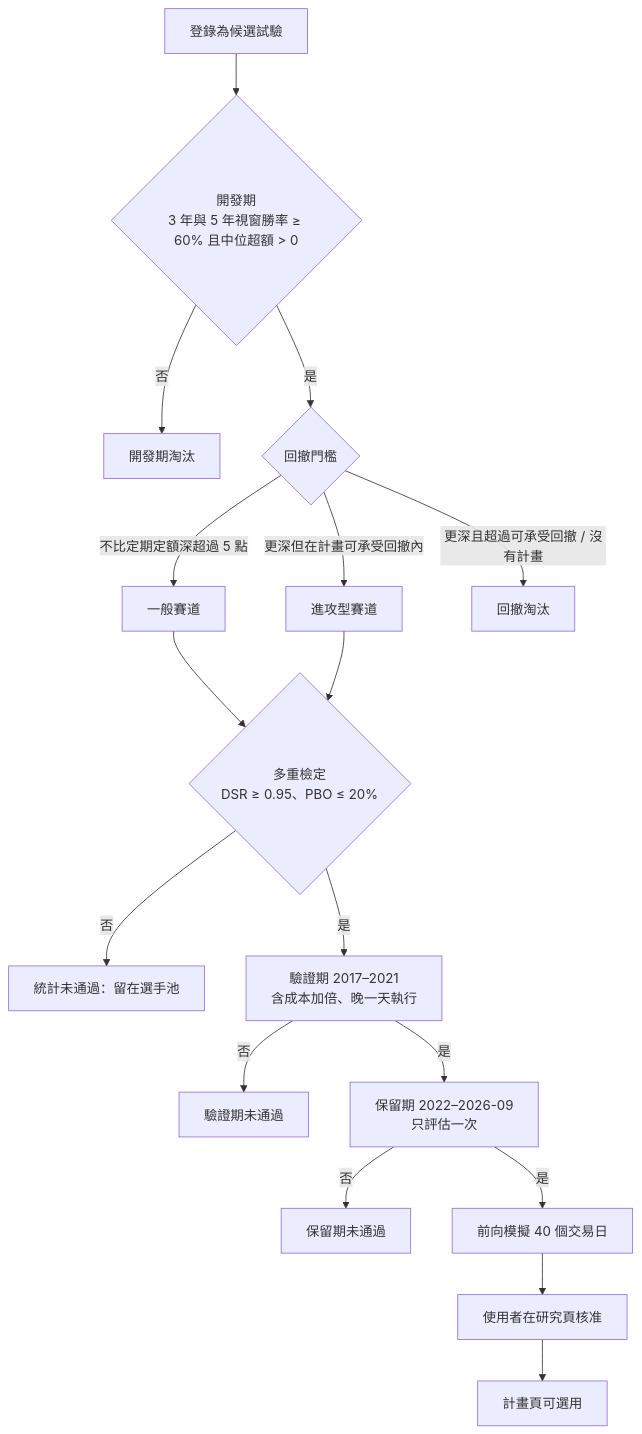
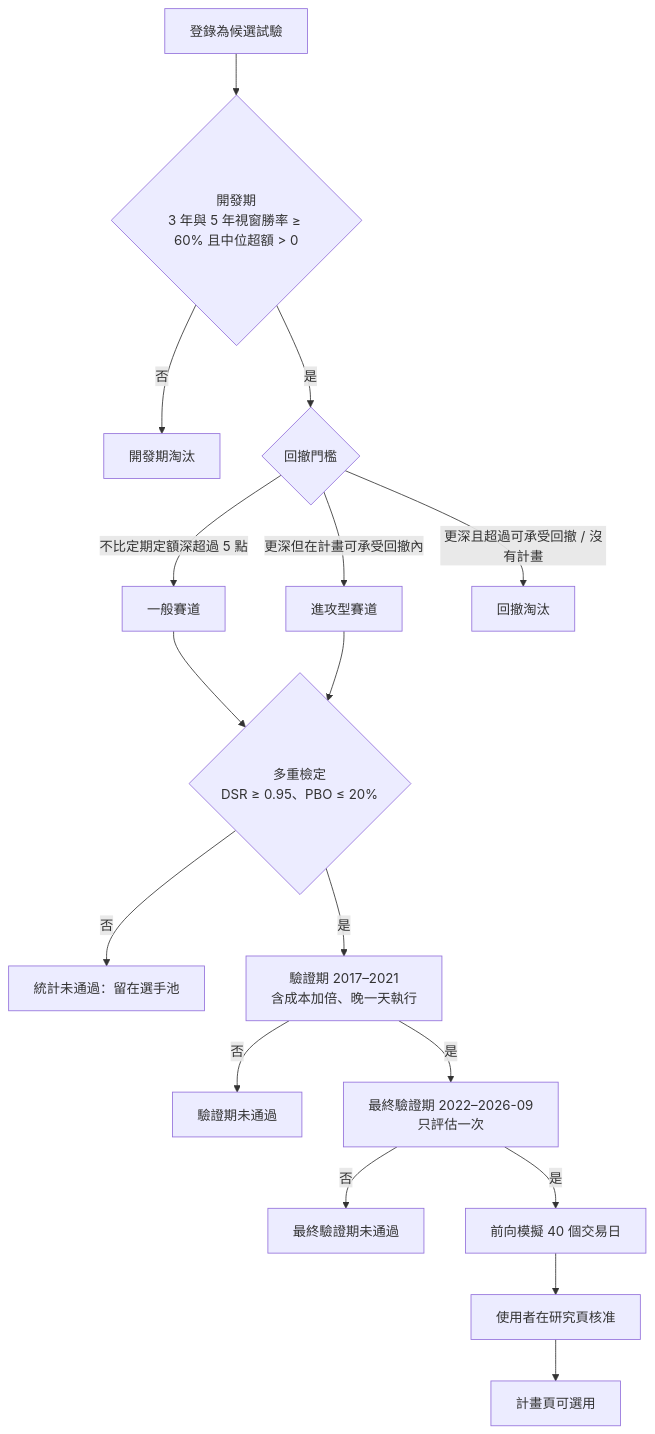
Before and after one commit to ryan73093/StockResearch: the second of 2 diagrams in docs/research_method.md, drawn with Mermaid. The commit also changed other lines of this file and 25 other files, not shown here.

````diff
--- a/docs/research_method.md
+++ b/docs/research_method.md
@@ -89,19 +89,19 @@
 ```mermaid
 flowchart TD
   A[登錄為候選試驗] --> B{開發期<br/>3 年與 5 年視窗勝率 ≥ 60% 且中位超額 > 0}
   B -- 否 --> X1[開發期淘汰]
   B -- 是 --> C{回撤門檻}
   C -- 不比定期定額深超過 5 點 --> D[一般賽道]
   C -- 更深但在計畫可承受回撤內 --> E[進攻型賽道]
   C -- 更深且超過可承受回撤 / 沒有計畫 --> X2[回撤淘汰]
   D --> F{多重檢定<br/>DSR ≥ 0.95、PBO ≤ 20%}
   E --> F
   F -- 否 --> X3[統計未通過：留在選手池]
   F -- 是 --> G[驗證期 2017–2021<br/>含成本加倍、晚一天執行]
   G -- 否 --> X4[驗證期未通過]
-  G -- 是 --> H[保留期 2022–2026-09<br/>只評估一次]
-  H -- 否 --> X5[保留期未通過]
+  G -- 是 --> H[最終驗證期 2022–2026-09<br/>只評估一次]
+  H -- 否 --> X5[最終驗證期未通過]
   H -- 是 --> I[前向模擬 40 個交易日]
   I --> J[使用者在研究頁核准]
   J --> K[計畫頁可選用]
 ```
````
